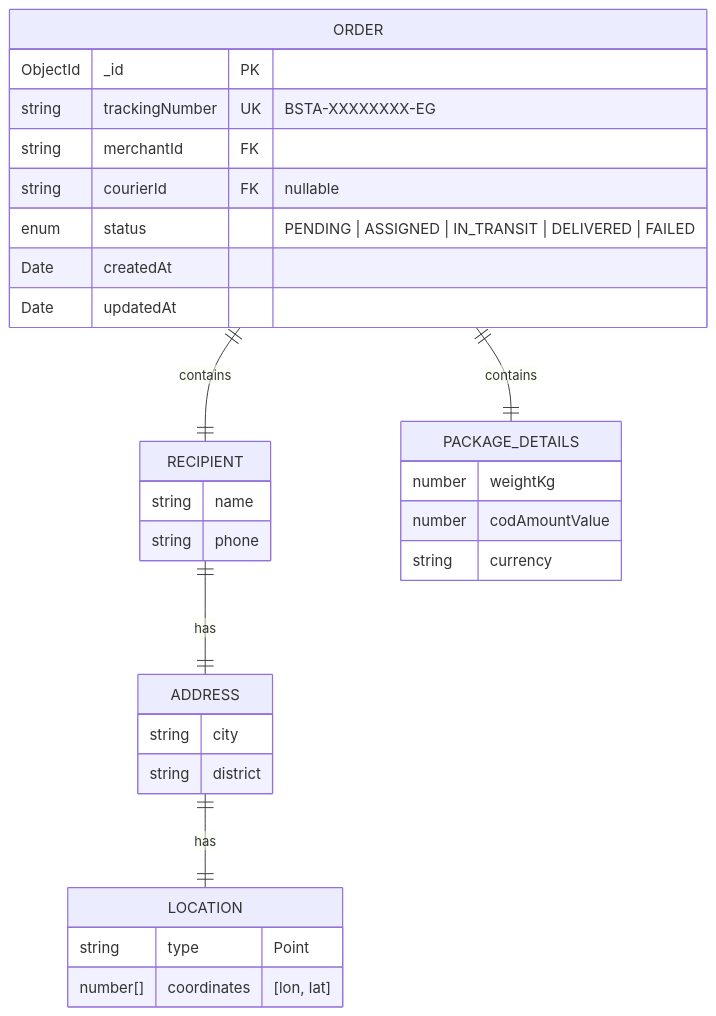
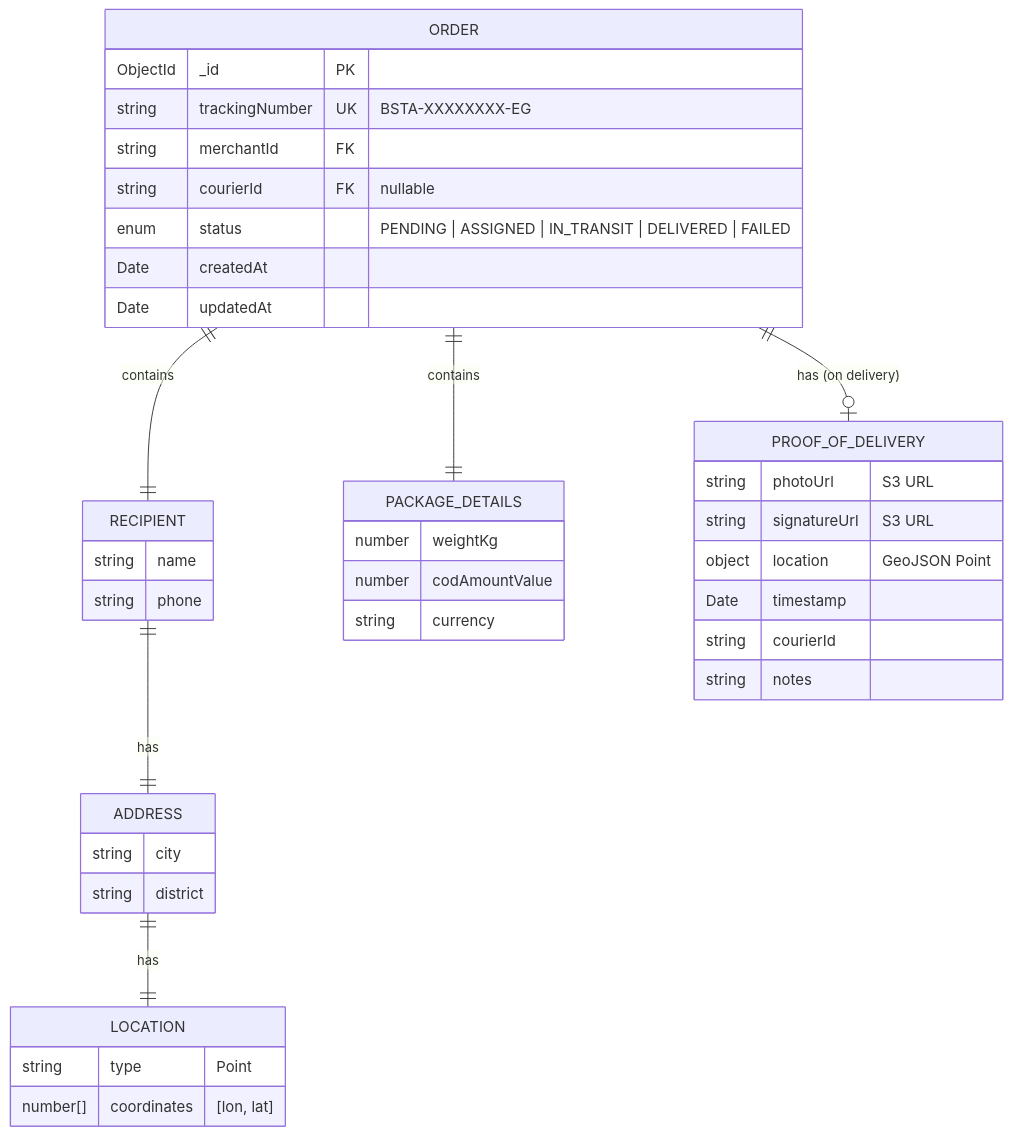
One commit to mo74x/Fleetpulse changed the sixth of 11 diagrams in README.md. Above: the diagram before and after it, drawn with Mermaid. The commit also changed other lines of this file and 2 other files, not shown here.

````diff
--- a/README.md
+++ b/README.md
@@ -277,34 +344,43 @@
 ```mermaid
 erDiagram
     ORDER {
         ObjectId _id PK
         string trackingNumber UK "BSTA-XXXXXXXX-EG"
         string merchantId FK
         string courierId FK "nullable"
         enum status "PENDING | ASSIGNED | IN_TRANSIT | DELIVERED | FAILED"
         Date createdAt
         Date updatedAt
     }
     RECIPIENT {
         string name
         string phone
     }
     ADDRESS {
         string city
         string district
     }
     LOCATION {
         string type "Point"
         number[] coordinates "[lon, lat]"
     }
     PACKAGE_DETAILS {
         number weightKg
         number codAmountValue
         string currency
     }
+    PROOF_OF_DELIVERY {
+        string photoUrl "S3 URL"
+        string signatureUrl "S3 URL"
+        object location "GeoJSON Point"
+        Date timestamp
+        string courierId
+        string notes
+    }
 
     ORDER ||--|| RECIPIENT : contains
     RECIPIENT ||--|| ADDRESS : has
     ADDRESS ||--|| LOCATION : has
     ORDER ||--|| PACKAGE_DETAILS : contains
+    ORDER ||--o| PROOF_OF_DELIVERY : "has (on delivery)"
 ```
````
